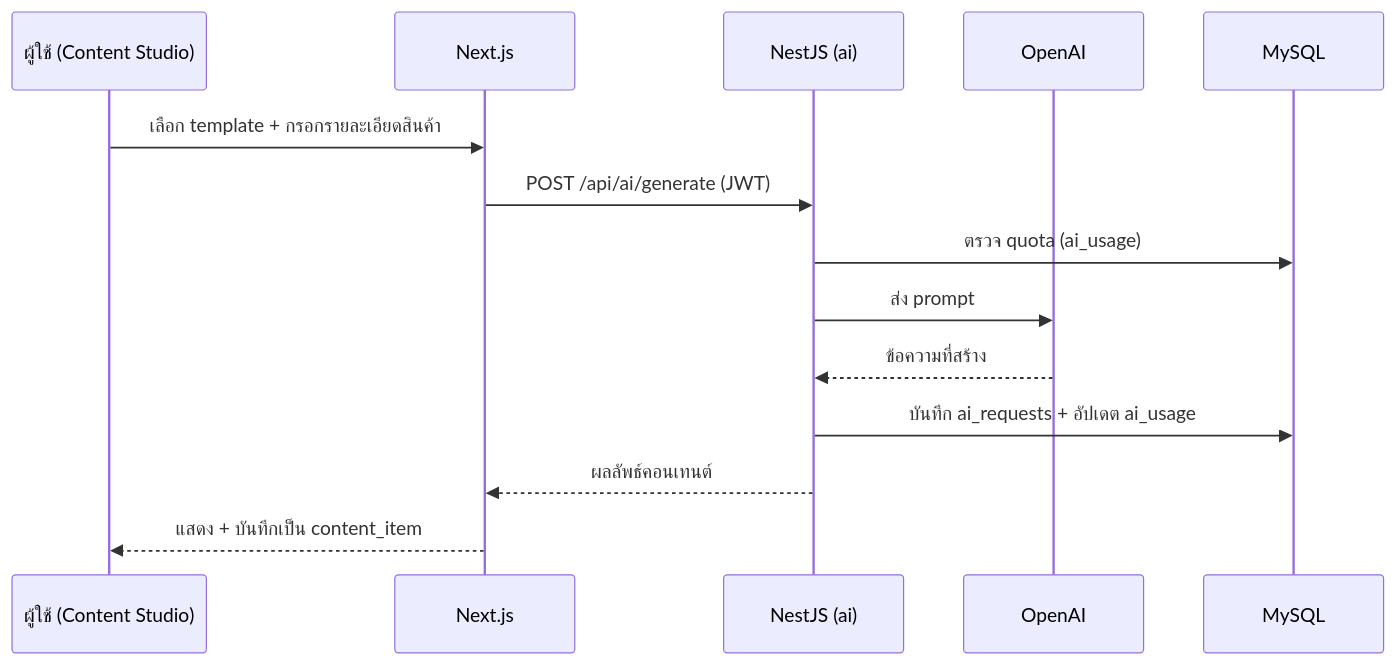
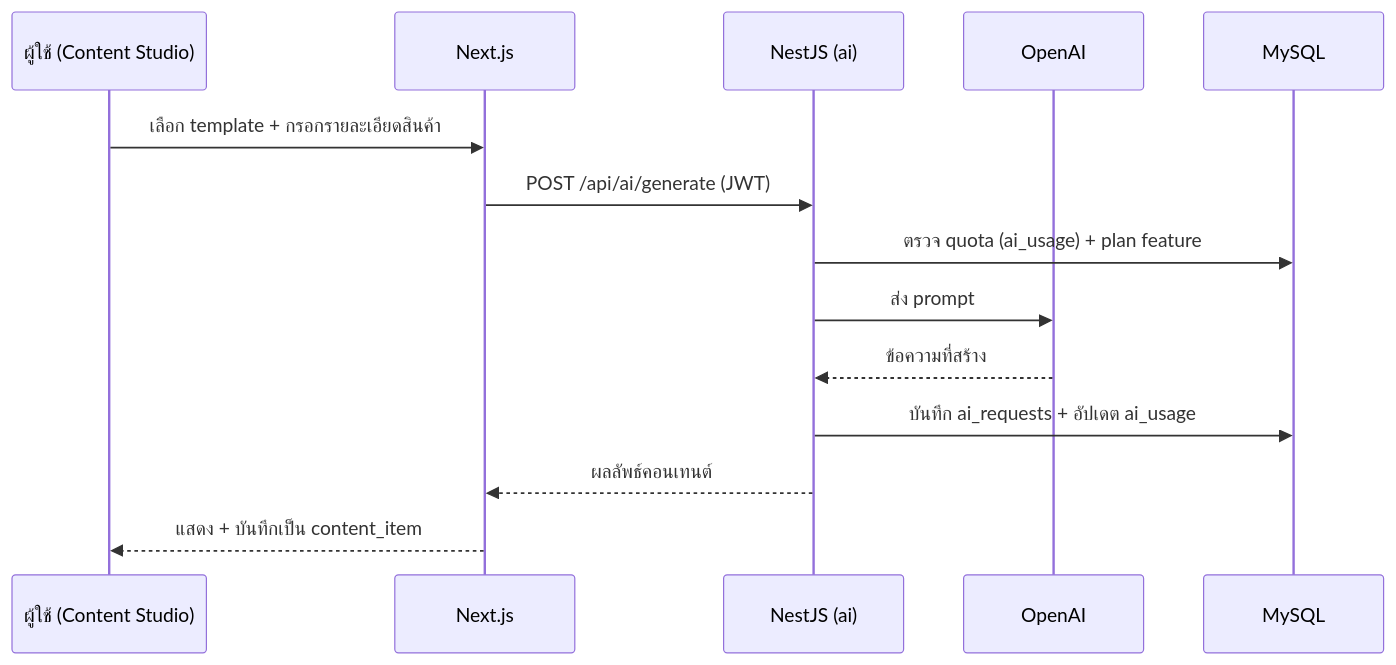
Before and after one commit to phumcj11/rt-mkttools: the diagram in docs/04-module-overview.md, drawn with Mermaid. The commit also changed other lines of this file and 36 other files, not shown here.

````diff
--- a/docs/04-module-overview.md
+++ b/docs/04-module-overview.md
@@ -52,17 +64,17 @@
 ```mermaid
 sequenceDiagram
     participant U as ผู้ใช้ (Content Studio)
     participant FE as Next.js
     participant BE as NestJS (ai)
     participant AI as OpenAI
     participant DB as MySQL
 
     U->>FE: เลือก template + กรอกรายละเอียดสินค้า
     FE->>BE: POST /api/ai/generate (JWT)
-    BE->>DB: ตรวจ quota (ai_usage)
+    BE->>DB: ตรวจ quota (ai_usage) + plan feature
     BE->>AI: ส่ง prompt
     AI-->>BE: ข้อความที่สร้าง
     BE->>DB: บันทึก ai_requests + อัปเดต ai_usage
     BE-->>FE: ผลลัพธ์คอนเทนต์
     FE-->>U: แสดง + บันทึกเป็น content_item
 ```
````
